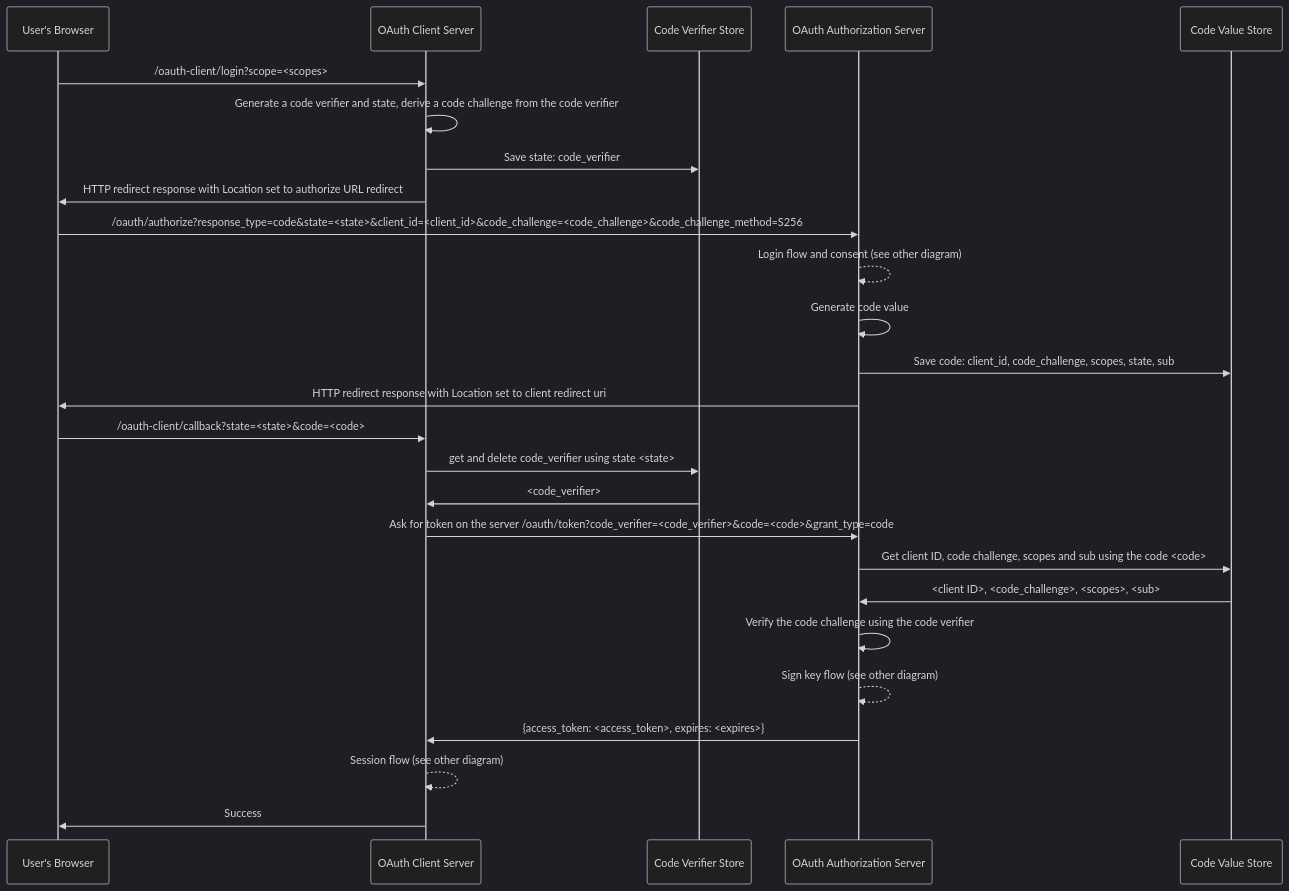
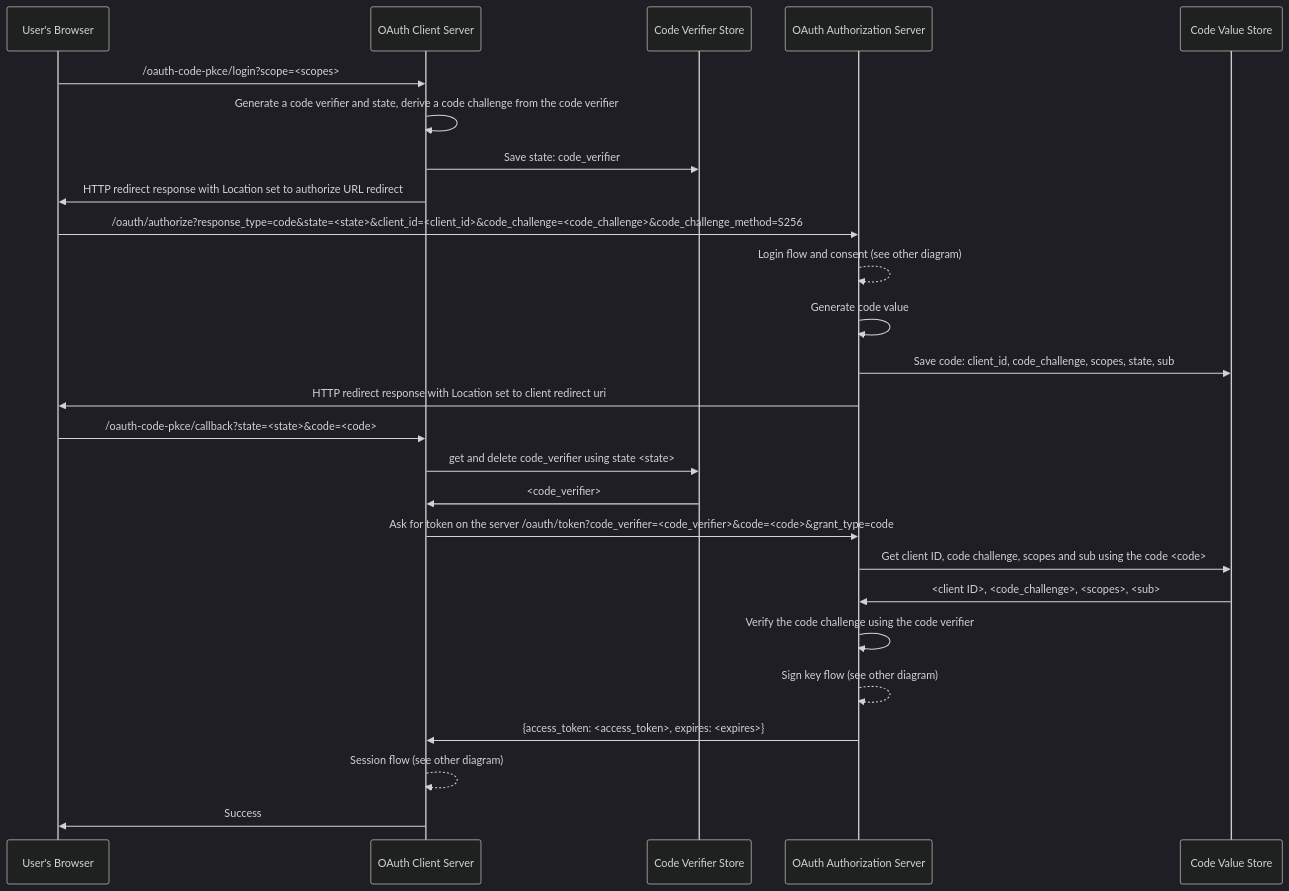
The sixth of 11 diagrams in README.md (thejimmyg/python-auth-tools), drawn with Mermaid (dark theme) before and after one commit. The commit also changed other lines of this file and 71 other files, not shown here.

````diff
--- a/README.md
+++ b/README.md
@@ -311,23 +310,23 @@
 ```mermaid
 sequenceDiagram
-    User's Browser->>OAuth Client Server: /oauth-client/login?scope=<scopes>
+    User's Browser->>OAuth Client Server: /oauth-code-pkce/login?scope=<scopes>
     OAuth Client Server->>OAuth Client Server: Generate a code verifier and state, derive a code challenge from the code verifier
     OAuth Client Server->>Code Verifier Store: Save state: code_verifier
     OAuth Client Server->>User's Browser: HTTP redirect response with Location set to authorize URL redirect
     User's Browser->>OAuth Authorization Server: /oauth/authorize?response_type=code&state=<state>&client_id=<client_id>&code_challenge=<code_challenge>&code_challenge_method=S256
     OAuth Authorization Server-->>OAuth Authorization Server: Login flow and consent (see other diagram)
     OAuth Authorization Server->>OAuth Authorization Server: Generate code value
     OAuth Authorization Server->>Code Value Store: Save code: client_id, code_challenge, scopes, state, sub
     OAuth Authorization Server->>User's Browser: HTTP redirect response with Location set to client redirect uri
-    User's Browser->>OAuth Client Server: /oauth-client/callback?state=<state>&code=<code>
+    User's Browser->>OAuth Client Server: /oauth-code-pkce/callback?state=<state>&code=<code>
     OAuth Client Server->>Code Verifier Store: get and delete code_verifier using state <state>
     Code Verifier Store->>OAuth Client Server: <code_verifier>
     OAuth Client Server->>OAuth Authorization Server: Ask for token on the server /oauth/token?code_verifier=<code_verifier>&code=<code>&grant_type=code
     OAuth Authorization Server->>Code Value Store: Get client ID, code challenge, scopes and sub using the code <code>
     Code Value Store->>OAuth Authorization Server: <client ID>, <code_challenge>, <scopes>, <sub>
     OAuth Authorization Server->>OAuth Authorization Server: Verify the code challenge using the code verifier
     OAuth Authorization Server-->>OAuth Authorization Server: Sign key flow (see other diagram)
     OAuth Authorization Server->>OAuth Client Server: {access_token: <access_token>, expires: <expires>}
     OAuth Client Server-->>OAuth Client Server: Session flow (see other diagram)
     OAuth Client Server->>User's Browser: Success
 ```
````
